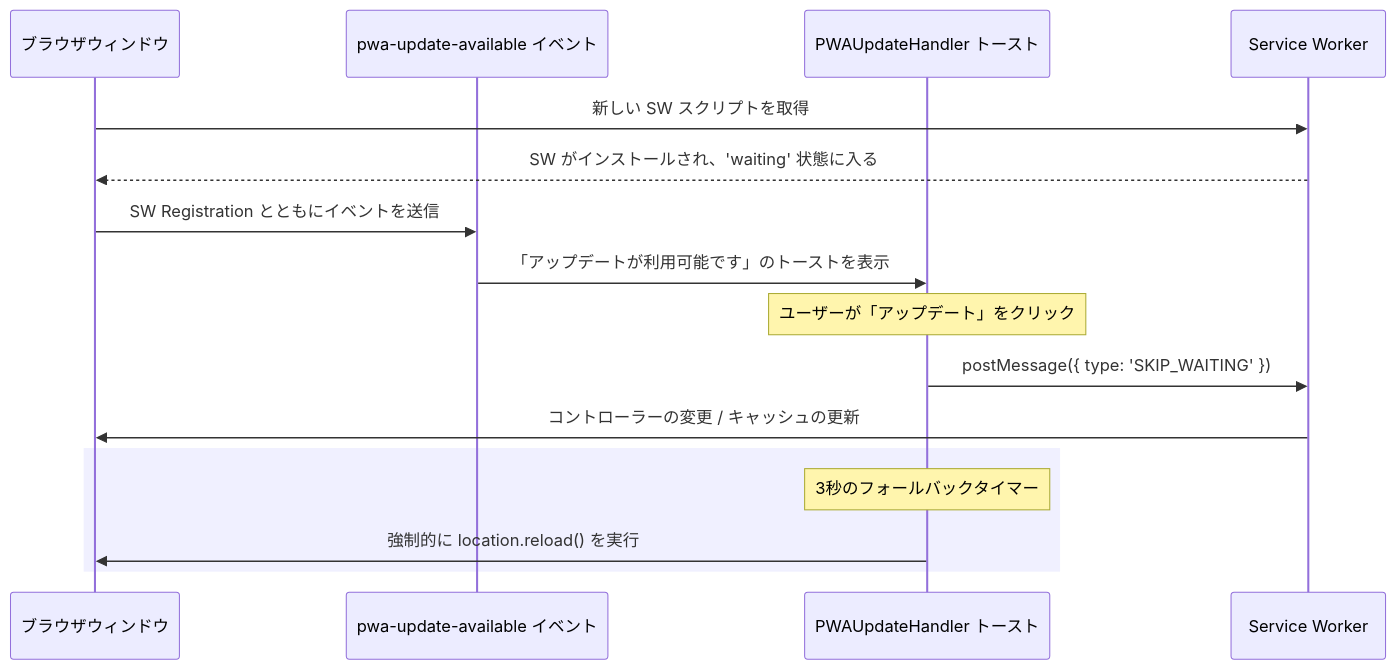
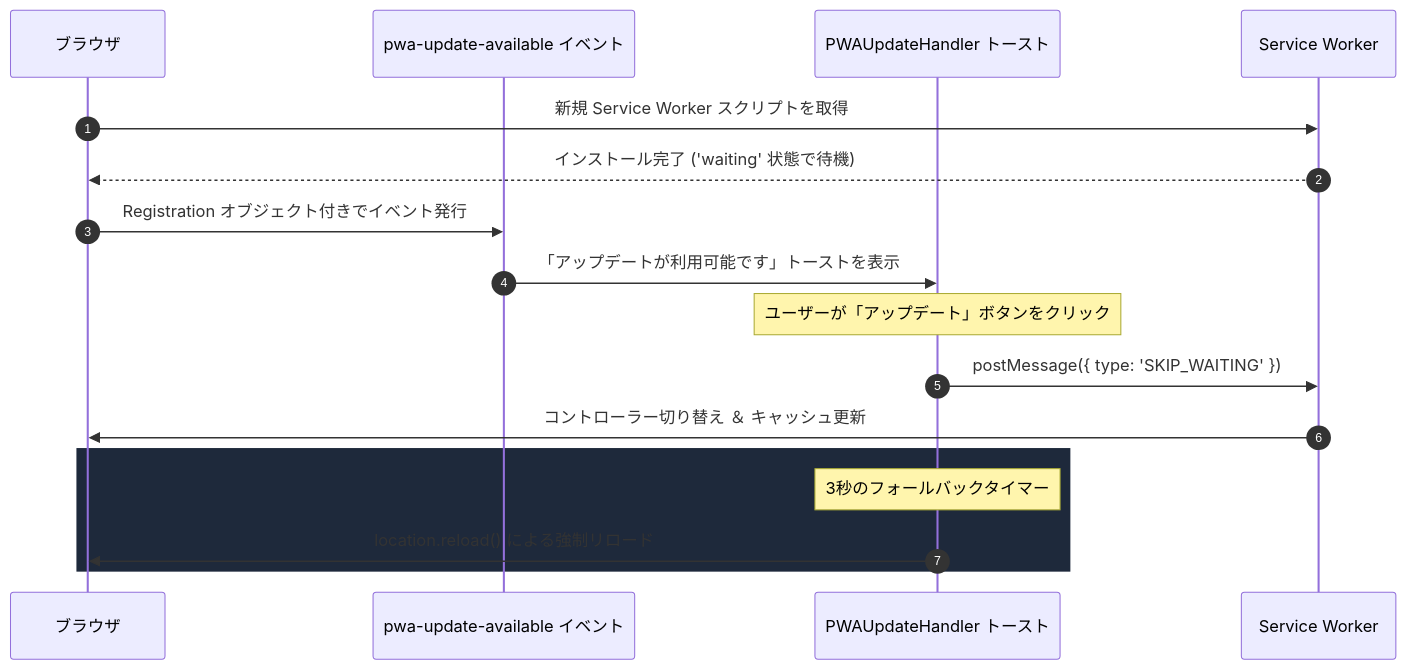
One commit to ScriptureHabit/scripture-habit changed the first of 2 diagrams in docs/ja/hybrid-mobile-lifecycle.md. Above: the diagram before and after it, drawn with Mermaid. The commit also changed other lines of this file and 57 other files, not shown here.

Commit message:
docs: refine documentation prose and add structured diagram breakdowns across JA and EN

````diff
--- a/docs/ja/hybrid-mobile-lifecycle.md
+++ b/docs/ja/hybrid-mobile-lifecycle.md
@@ -21,19 +11,20 @@
 ```mermaid
 sequenceDiagram
-    participant Browser as ブラウザウィンドウ
+    autonumber
+    participant Browser as ブラウザ
     participant Event as pwa-update-available イベント
     participant UI as PWAUpdateHandler トースト
     participant SW as Service Worker
 
-    Browser->>SW: 新しい SW スクリプトを取得
-    SW-->>Browser: SW がインストールされ、'waiting' 状態に入る
-    Browser->>Event: SW Registration とともにイベントを送信
-    Event->>UI: 「アップデートが利用可能です」のトーストを表示
-    Note over UI: ユーザーが「アップデート」をクリック
+    Browser->>SW: 新規 Service Worker スクリプトを取得
+    SW-->>Browser: インストール完了 ('waiting' 状態で待機)
+    Browser->>Event: Registration オブジェクト付きでイベント発行
+    Event->>UI: 「アップデートが利用可能です」トーストを表示
+    Note over UI: ユーザーが「アップデート」ボタンをクリック
     UI->>SW: postMessage({ type: 'SKIP_WAITING' })
-    SW->>Browser: コントローラーの変更 / キャッシュの更新
-    rect rgb(240, 240, 255)
+    SW->>Browser: コントローラー切り替え ＆ キャッシュ更新
+    rect rgb(30, 41, 59)
         Note over UI: 3秒のフォールバックタイマー
-        UI->>Browser: 強制的に location.reload() を実行
+        UI->>Browser: location.reload() による強制リロード
     end
 ```
````
